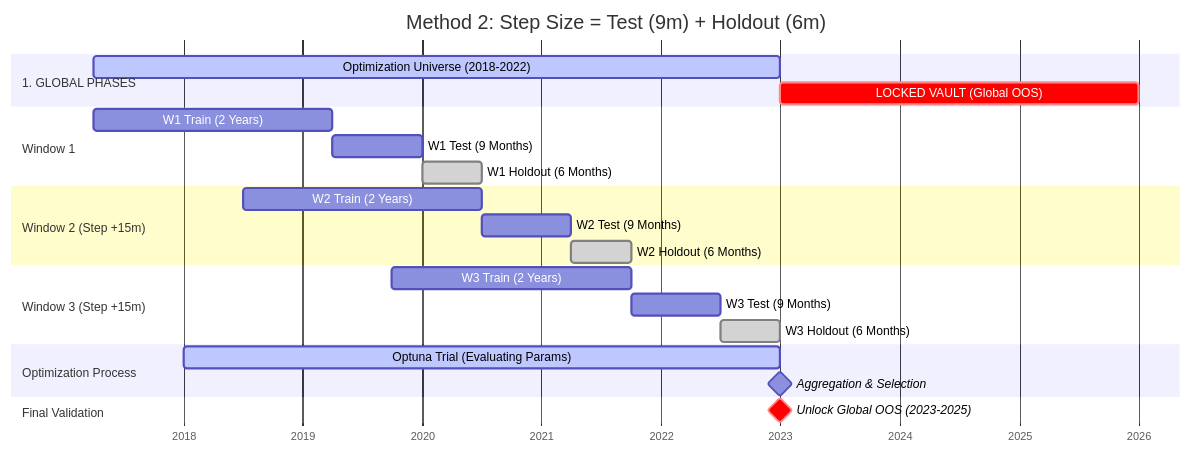
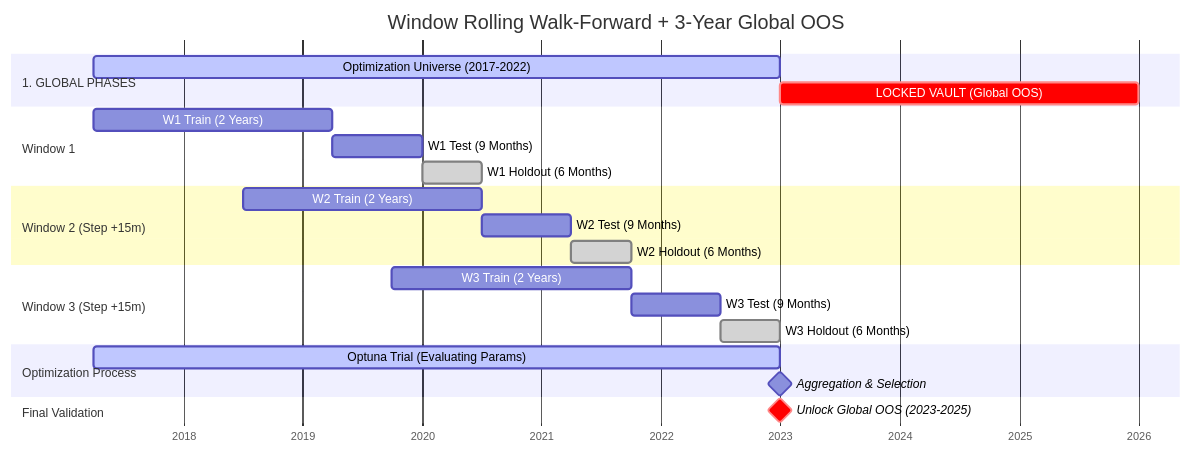
One commit to xxxxyyyy80008/xxxxyyyy80008.github.io changed the diagram in docs/alpha-research/framework/walkforward-analysis.md. Above: the diagram before and after it, drawn with Mermaid. The commit also changed other lines of this file, not shown here.

````diff
--- a/docs/alpha-research/framework/walkforward-analysis.md
+++ b/docs/alpha-research/framework/walkforward-analysis.md
@@ -27,37 +27,37 @@
 ```mermaid
 gantt
-    title Method 2: Step Size = Test (9m) + Holdout (6m)
+    title Window Rolling Walk-Forward + 3-Year Global OOS
     dateFormat  YYYY-MM
     axisFormat  %Y
     
     %% --- SECTIONS ---
     section 1. GLOBAL PHASES
-    Optimization Universe (2018-2022)      :active, opt_period, 2017-04, 2023-01
+    Optimization Universe (2017-2022)      :active, opt_period, 2017-04, 2023-01
     LOCKED VAULT (Global OOS)              :crit,   oos_period, 2023-01, 2026-01
 
     %% --- WINDOW 1 ---
     section Window 1
     W1 Train (2 Years)                     :a1, 2017-04, 2019-04
     W1 Test (9 Months)                     :b1, 2019-04, 2020-01
     W1 Holdout (6 Months)                  :done, c1, 2020-01, 2020-07
 
     %% --- WINDOW 2 ---
     section Window 2 (Step +15m)
     W2 Train (2 Years)                     :a2, 2018-07, 2020-07
     W2 Test (9 Months)                     :b2, 2020-07, 2021-04
     W2 Holdout (6 Months)                  :done, c2, 2021-04, 2021-10
 
     %% --- WINDOW 3 ---
     section Window 3 (Step +15m)
     W3 Train (2 Years)                     :a3, 2019-10, 2021-10
     W3 Test (9 Months)                     :b3, 2021-10, 2022-07
     W3 Holdout (6 Months)                  :done, c3, 2022-07, 2023-01
 
     %% --- METHOD 2 EXECUTION ---
     section Optimization Process
-    Optuna Trial (Evaluating Params)       :active, 2018-01, 2023-01
+    Optuna Trial (Evaluating Params)       :active, 2017-04, 2023-01
     Aggregation & Selection                :milestone, 2023-01, 0d
     
     section Final Validation
     Unlock Global OOS (2023-2025)          :crit, milestone, 2023-01, 0d
 ```
````
